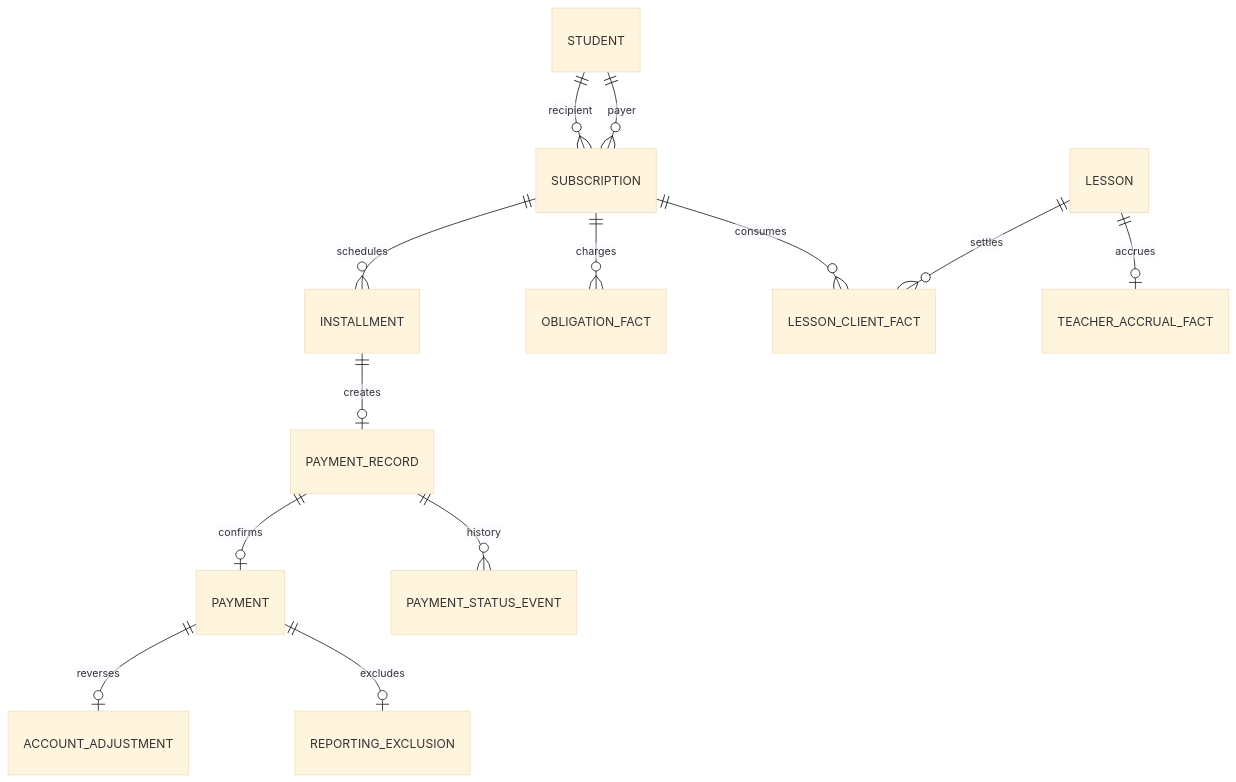
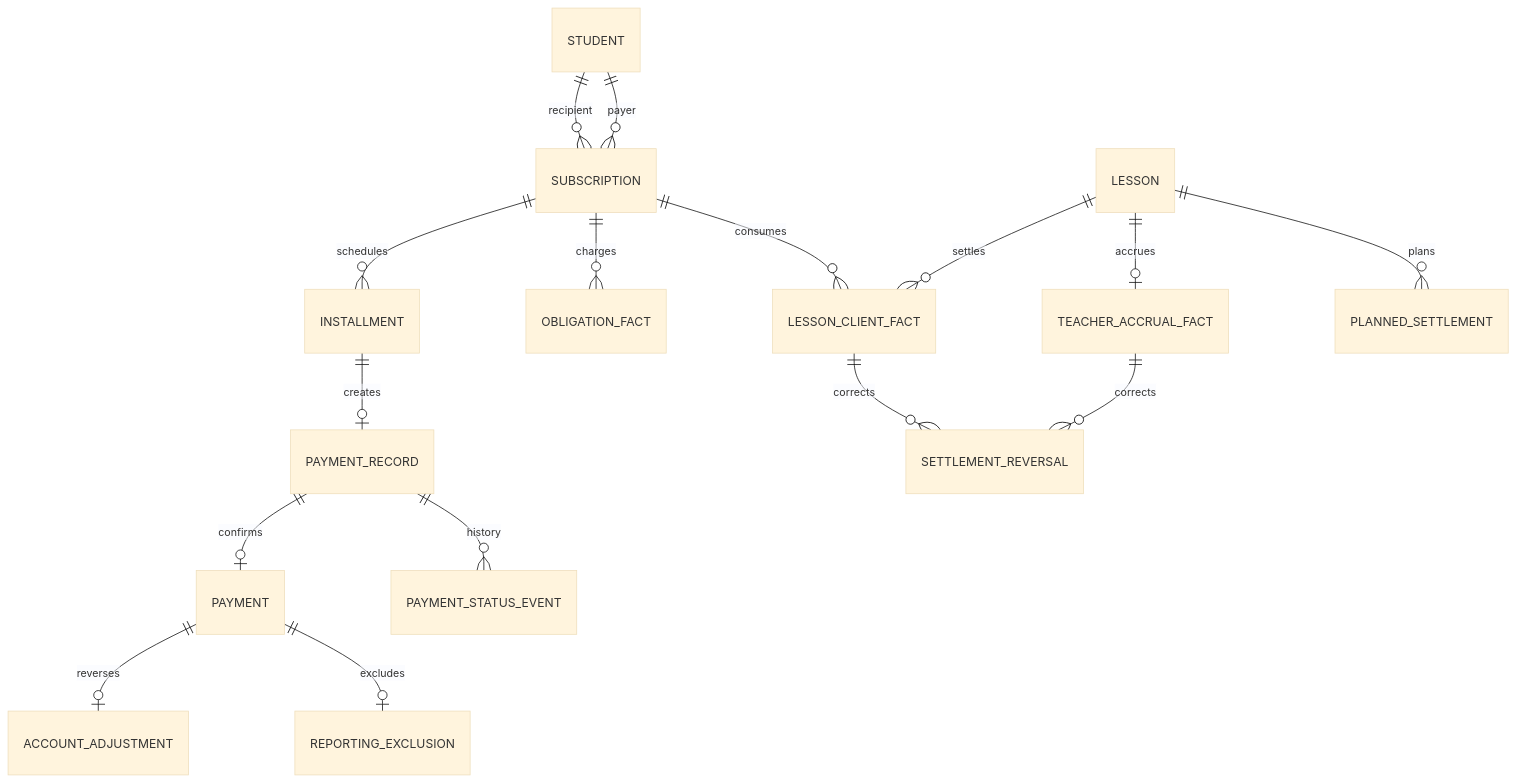
The second of 3 diagrams in .anws/v7/04_SYSTEM_DESIGN/commerce_integrity.md (MagicMusicCRM/MagicMusicCRM), drawn with Mermaid (base theme) before and after one commit. The commit also changed other lines of this file and 101 other files, not shown here.

````diff
--- a/.anws/v7/04_SYSTEM_DESIGN/commerce_integrity.md
+++ b/.anws/v7/04_SYSTEM_DESIGN/commerce_integrity.md
@@ -98,15 +103,18 @@
 ```mermaid
 erDiagram
   STUDENT ||--o{ SUBSCRIPTION : recipient
   STUDENT ||--o{ SUBSCRIPTION : payer
   SUBSCRIPTION ||--o{ INSTALLMENT : schedules
   INSTALLMENT ||--o| PAYMENT_RECORD : creates
   PAYMENT_RECORD ||--o| PAYMENT : confirms
   PAYMENT_RECORD ||--o{ PAYMENT_STATUS_EVENT : history
   PAYMENT ||--o| ACCOUNT_ADJUSTMENT : reverses
   PAYMENT ||--o| REPORTING_EXCLUSION : excludes
   SUBSCRIPTION ||--o{ OBLIGATION_FACT : charges
   SUBSCRIPTION ||--o{ LESSON_CLIENT_FACT : consumes
   LESSON ||--o{ LESSON_CLIENT_FACT : settles
   LESSON ||--o| TEACHER_ACCRUAL_FACT : accrues
+  LESSON ||--o{ PLANNED_SETTLEMENT : plans
+  LESSON_CLIENT_FACT ||--o{ SETTLEMENT_REVERSAL : corrects
+  TEACHER_ACCRUAL_FACT ||--o{ SETTLEMENT_REVERSAL : corrects
 ```
````
